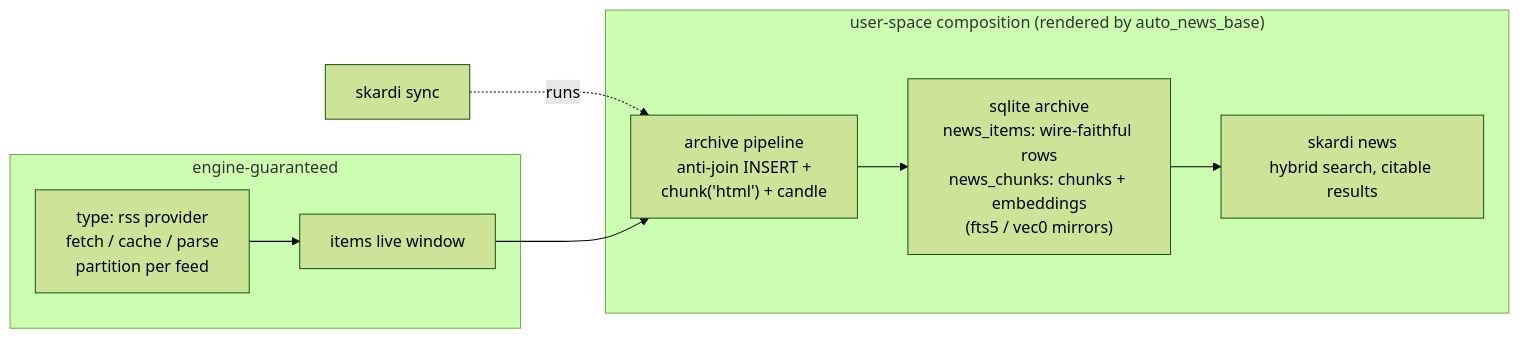
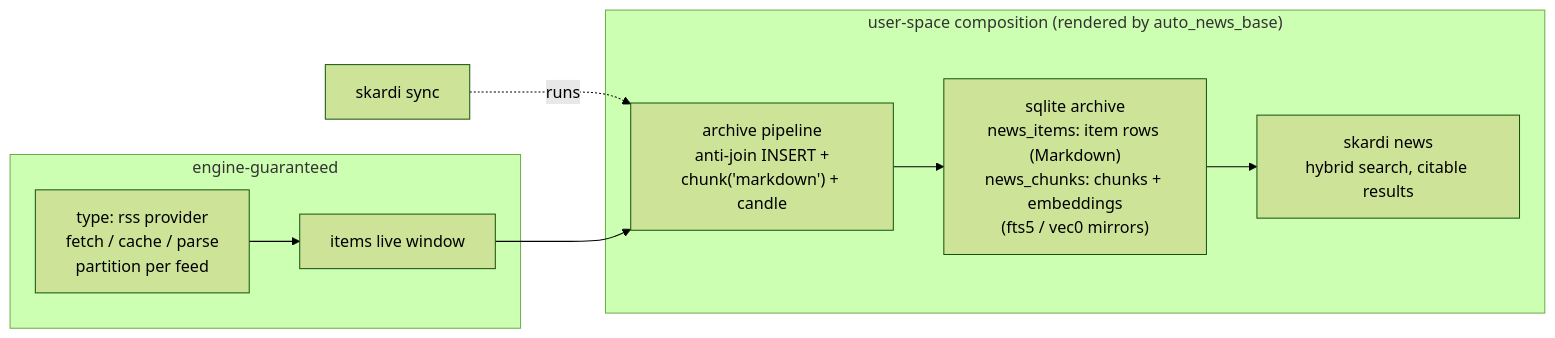
Before and after one commit to SkardiLabs/skardi: the third of 5 diagrams in docs/superpowers/specs/2026-07-22-rss-feed-support-design-v2.md, drawn with Mermaid (forest theme). The commit also changed other lines of this file, not shown here.

````diff
--- a/docs/superpowers/specs/2026-07-22-rss-feed-support-design-v2.md
+++ b/docs/superpowers/specs/2026-07-22-rss-feed-support-design-v2.md
@@ -148,14 +153,14 @@
 ```mermaid
 flowchart LR
     subgraph Engine["engine-guaranteed"]
         Prov["type: rss provider<br/>fetch / cache / parse<br/>partition per feed"] --> Items["items live window"]
     end
     subgraph UserSpace["user-space composition (rendered by auto_news_base)"]
-        P["archive pipeline<br/>anti-join INSERT +<br/>chunk('html') + candle"]
-        A["sqlite archive<br/>news_items: wire-faithful rows<br/>news_chunks: chunks + embeddings<br/>(fts5 / vec0 mirrors)"]
+        P["archive pipeline<br/>anti-join INSERT +<br/>chunk('markdown') + candle"]
+        A["sqlite archive<br/>news_items: item rows (Markdown)<br/>news_chunks: chunks + embeddings<br/>(fts5 / vec0 mirrors)"]
         News["skardi news<br/>hybrid search, citable results"]
         P --> A --> News
     end
     Sync["skardi sync"] -.->|runs| P
     Items --> P
 ```
````
